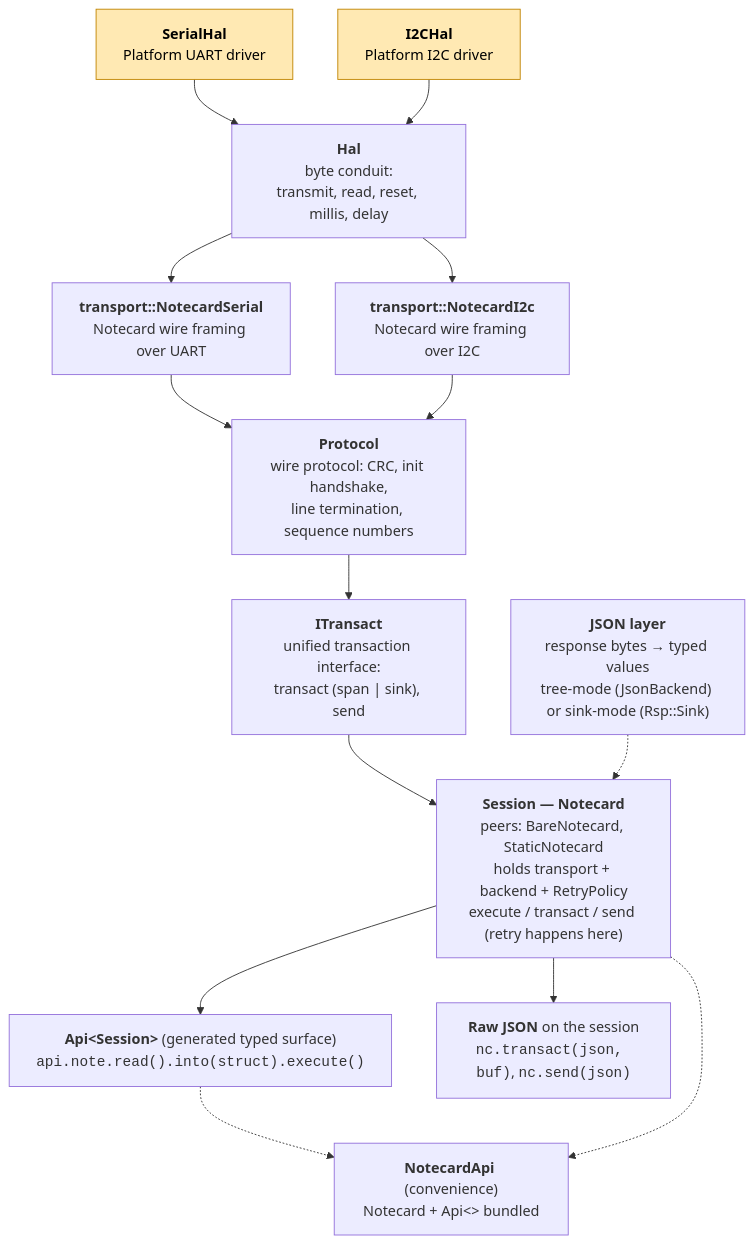
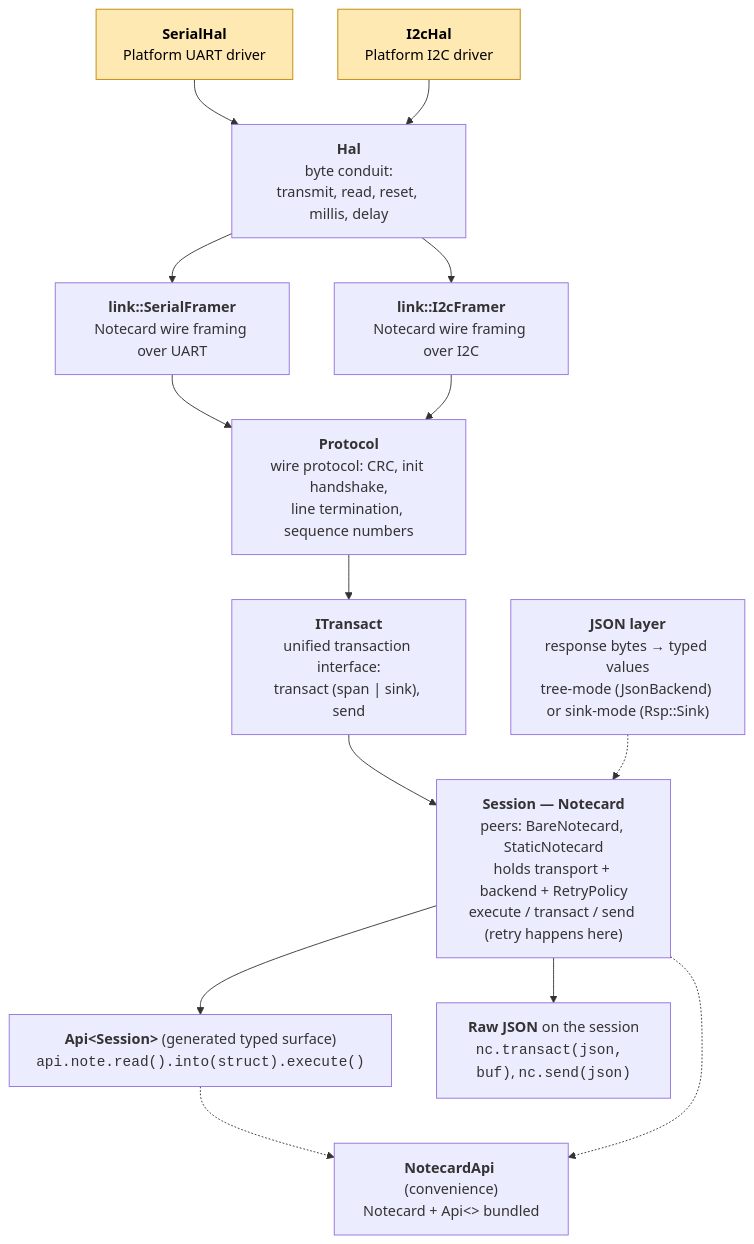
The diagram in docs/transport.md (m-mcgowan/note-cpp), drawn with Mermaid before and after one commit. The commit also changed other lines of this file and 58 other files, not shown here.

First line of the commit message:
refactor(link): Rename transport namespace/types/headers (Phase 6)

````diff
--- a/docs/transport.md
+++ b/docs/transport.md
@@ -63,32 +63,32 @@
 ```mermaid
 flowchart TD
     Hal["<b>Hal</b><br/>byte conduit:<br/>transmit, read, reset, millis, delay"]
-    NCSer["<b>transport::NotecardSerial</b><br/>Notecard wire framing over UART"]
-    NCI2C["<b>transport::NotecardI2c</b><br/>Notecard wire framing over I2C"]
+    NCSer["<b>link::SerialFramer</b><br/>Notecard wire framing over UART"]
+    NCI2C["<b>link::I2cFramer</b><br/>Notecard wire framing over I2C"]
     Proto["<b>Protocol</b><br/>wire protocol: CRC, init handshake,<br/>line termination, sequence numbers"]
     ITrans["<b>ITransact</b><br/>unified transaction interface:<br/>transact (span | sink), send"]
     JsonLayer["<b>JSON layer</b><br/>response bytes → typed values<br/>tree-mode (JsonBackend) or sink-mode (Rsp::Sink)"]
     Session["<b>Session — Notecard</b><br/>peers: BareNotecard, StaticNotecard<br/>holds transport + backend + RetryPolicy<br/>execute / transact / send (retry happens here)"]
     Api["<b>Api&lt;Session&gt;</b> (generated typed surface)<br/><code>api.note.read().into(struct).execute()</code>"]
     Raw["<b>Raw JSON</b> on the session<br/><code>nc.transact(json, buf)</code>, <code>nc.send(json)</code>"]
     Bundle["<b>NotecardApi</b> (convenience)<br/>Notecard + Api&lt;&gt; bundled"]
 
     SerialDriver["<b>SerialHal</b><br/>Platform UART driver"]
-    I2CDriver["<b>I2CHal</b><br/>Platform I2C driver"]
+    I2CDriver["<b>I2cHal</b><br/>Platform I2C driver"]
 
     SerialDriver --> Hal
     I2CDriver --> Hal
     Hal --> NCSer & NCI2C
     NCSer --> Proto
     NCI2C --> Proto
     Proto --> ITrans
     ITrans --> Session
     JsonLayer -.-> Session
     Session --> Raw
     Session --> Api
     Api -.-> Bundle
     Session -.-> Bundle
 
     classDef user fill:#ffe9b3,stroke:#c08400,color:#000
     class SerialDriver,I2CDriver user
 ```
````
